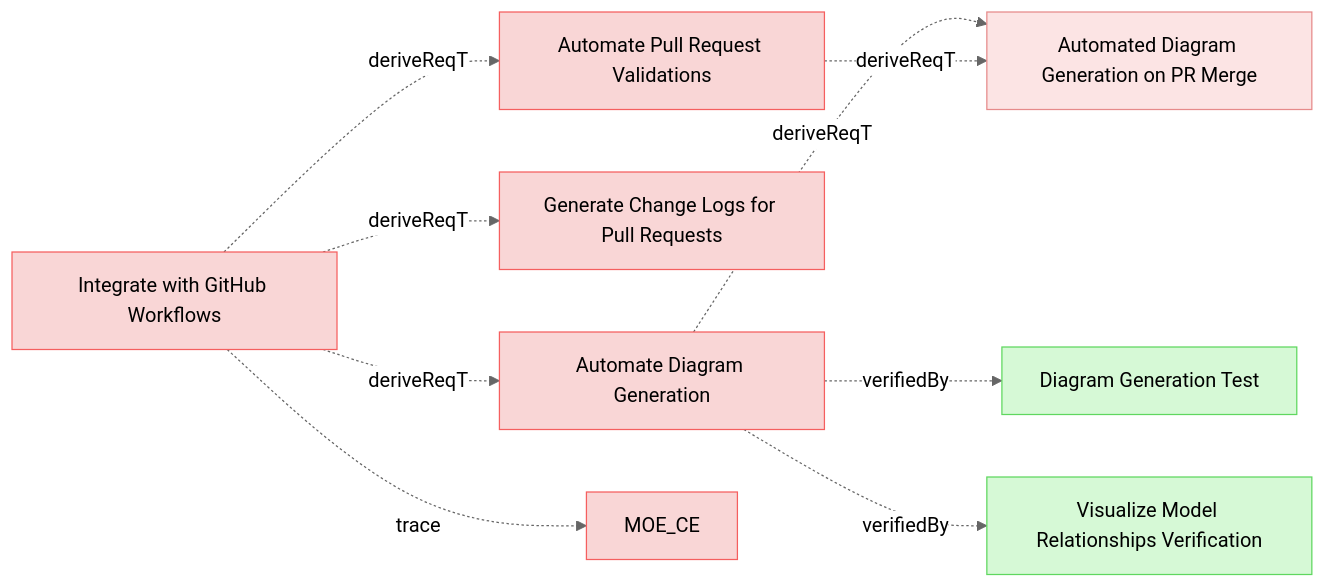
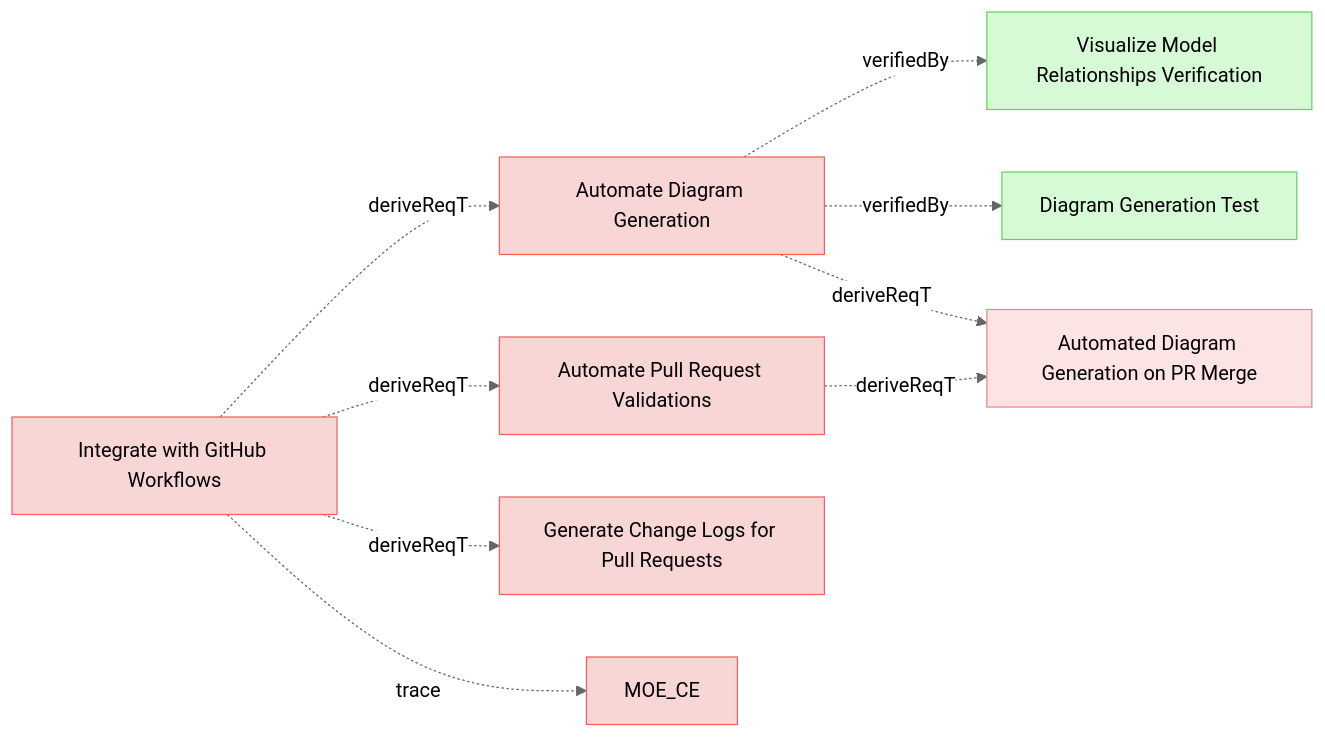
The fourth of 9 diagrams in specifications/UserRequirements.md (reqvire-org/reqvire), drawn with Mermaid (neutral theme) before and after one commit. The commit also changed other lines of this file and 25 other files, not shown here.

````diff
--- a/specifications/UserRequirements.md
+++ b/specifications/UserRequirements.md
@@ -532,42 +532,42 @@
 ```mermaid
 graph LR;
   %% REQVIRE-AUTOGENERATED-DIAGRAM
   %% Graph styling
   classDef userRequirement fill:#f9d6d6,stroke:#f55f5f,stroke-width:1px;
   classDef systemRequirement fill:#fce4e4,stroke:#e68a8a,stroke-width:1px;
   classDef verification fill:#d6f9d6,stroke:#5fd75f,stroke-width:1px;
   classDef default fill:#f5f5f5,stroke:#333333,stroke-width:1px;
 
   98a581084d5542fa["Automate Diagram Generation"];
   class 98a581084d5542fa userRequirement;
   click 98a581084d5542fa "UserRequirements.md#automate-diagram-generation";
+  de8ab093f22a5cd7["Visualize Model Relationships Verification"];
+  class de8ab093f22a5cd7 verification;
+  click de8ab093f22a5cd7 "Verifications/DiagramsTests.md#visualize-model-relationships-verification";
+  98a581084d5542fa -.->|verifiedBy| de8ab093f22a5cd7;
+  2d2cf67bb8070da8["Diagram Generation Test"];
+  class 2d2cf67bb8070da8 verification;
+  click 2d2cf67bb8070da8 "Verifications/DiagramsTests.md#diagram-generation-test";
+  98a581084d5542fa -.->|verifiedBy| 2d2cf67bb8070da8;
   3e3df7ad427a88fa["Automated Diagram Generation on PR Merge"];
   class 3e3df7ad427a88fa systemRequirement;
   click 3e3df7ad427a88fa "SystemRequirements/Requirements.md#automated-diagram-generation-on-pr-merge";
   98a581084d5542fa -.->|deriveReqT| 3e3df7ad427a88fa;
-  2d2cf67bb8070da8["Diagram Generation Test"];
-  class 2d2cf67bb8070da8 verification;
-  click 2d2cf67bb8070da8 "Verifications/DiagramsTests.md#diagram-generation-test";
-  98a581084d5542fa -.->|verifiedBy| 2d2cf67bb8070da8;
-  de8ab093f22a5cd7["Visualize Model Relationships Verification"];
-  class de8ab093f22a5cd7 verification;
-  click de8ab093f22a5cd7 "Verifications/DiagramsTests.md#visualize-model-relationships-verification";
-  98a581084d5542fa -.->|verifiedBy| de8ab093f22a5cd7;
-  672b444a568468b8["Generate Change Logs for Pull Requests"];
-  class 672b444a568468b8 userRequirement;
-  click 672b444a568468b8 "UserRequirements.md#generate-change-logs-for-pull-requests";
   15f2f511b2399406["Automate Pull Request Validations"];
   class 15f2f511b2399406 userRequirement;
   click 15f2f511b2399406 "UserRequirements.md#automate-pull-request-validations";
   15f2f511b2399406 -.->|deriveReqT| 3e3df7ad427a88fa;
+  672b444a568468b8["Generate Change Logs for Pull Requests"];
+  class 672b444a568468b8 userRequirement;
+  click 672b444a568468b8 "UserRequirements.md#generate-change-logs-for-pull-requests";
   98eaeddc27f99e11["Integrate with GitHub Workflows"];
   class 98eaeddc27f99e11 userRequirement;
   click 98eaeddc27f99e11 "UserStories.md#integrate-with-github-workflows";
   e9ad540a6411a0fc["MOE_CE"];
   class e9ad540a6411a0fc userRequirement;
   click e9ad540a6411a0fc "MOEs.md#moe_ce";
   98eaeddc27f99e11 -.->|trace| e9ad540a6411a0fc;
   98eaeddc27f99e11 -.->|deriveReqT| 98a581084d5542fa;
+  98eaeddc27f99e11 -.->|deriveReqT| 15f2f511b2399406;
   98eaeddc27f99e11 -.->|deriveReqT| 672b444a568468b8;
-  98eaeddc27f99e11 -.->|deriveReqT| 15f2f511b2399406;
 ```
````
